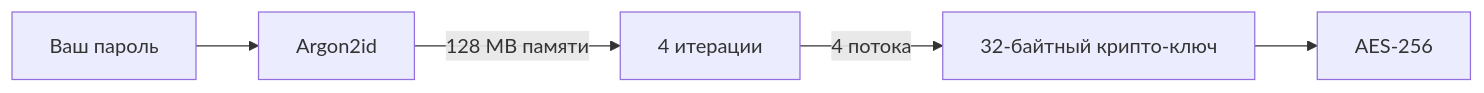
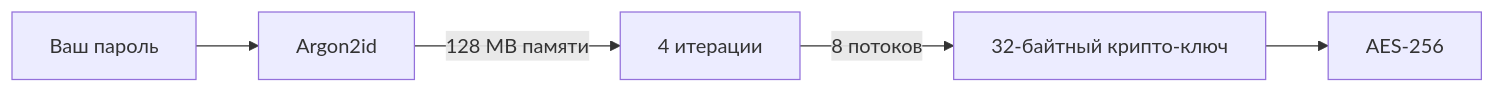
One commit to necto4529-droid/BloodyKey changed the second of 2 diagrams in README.md. Above: the diagram before and after it, drawn with Mermaid. The commit also changed other lines of this file, not shown here.

````diff
--- a/README.md
+++ b/README.md
@@ -188,7 +195,7 @@
 ```mermaid
 graph LR
     A[Ваш пароль] --> B[Argon2id]
     B -->|128 MB памяти| C[4 итерации]
-    C -->|4 потока| D[32-байтный крипто-ключ]
+    C -->|8 потоков| D[32-байтный крипто-ключ]
     D --> E[AES-256]
 ```
````
